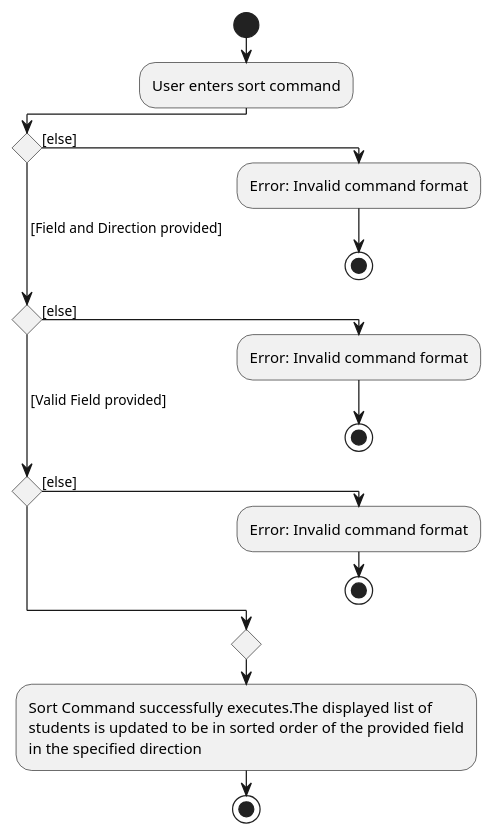
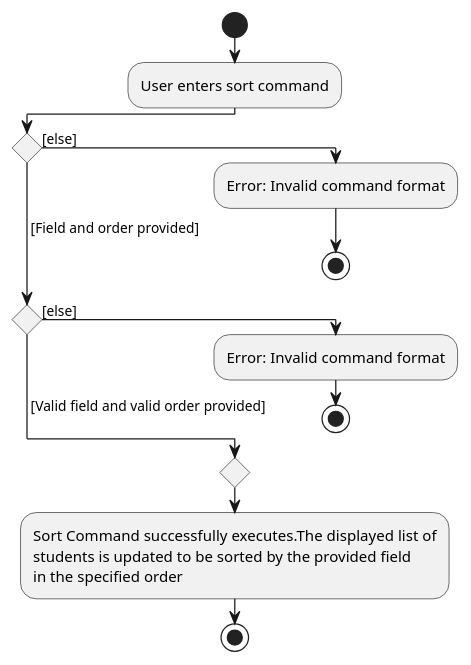
The diagram in docs/diagrams/SortActivityDiagram.puml (c-wenlong/tp), drawn with PlantUML before and after one commit. The commit also changed 3 other files, not shown here.

```diff
--- a/docs/diagrams/SortActivityDiagram.puml
+++ b/docs/diagrams/SortActivityDiagram.puml
@@ -1,21 +1,18 @@
 @startuml
 !pragma useVerticalIf on
 start
 :User enters sort command;
 if () then ([else])
   :Error: Invalid command format;
   stop
-( [Field and Direction provided]) elseif () then ([else])
+( [Field and order provided]) elseif () then ([else])
   :Error: Invalid command format;
   stop
-( [Valid Field provided]) elseif () then ([else])
-  :Error: Invalid command format;
-  stop
-
+else ( [Valid field and valid order provided])
 endif
   :Sort Command successfully executes.The displayed list of
-students is updated to be in sorted order of the provided field
-in the specified direction;
+students is updated to be sorted by the provided field
+in the specified order;
 stop
 
 @enduml
```
